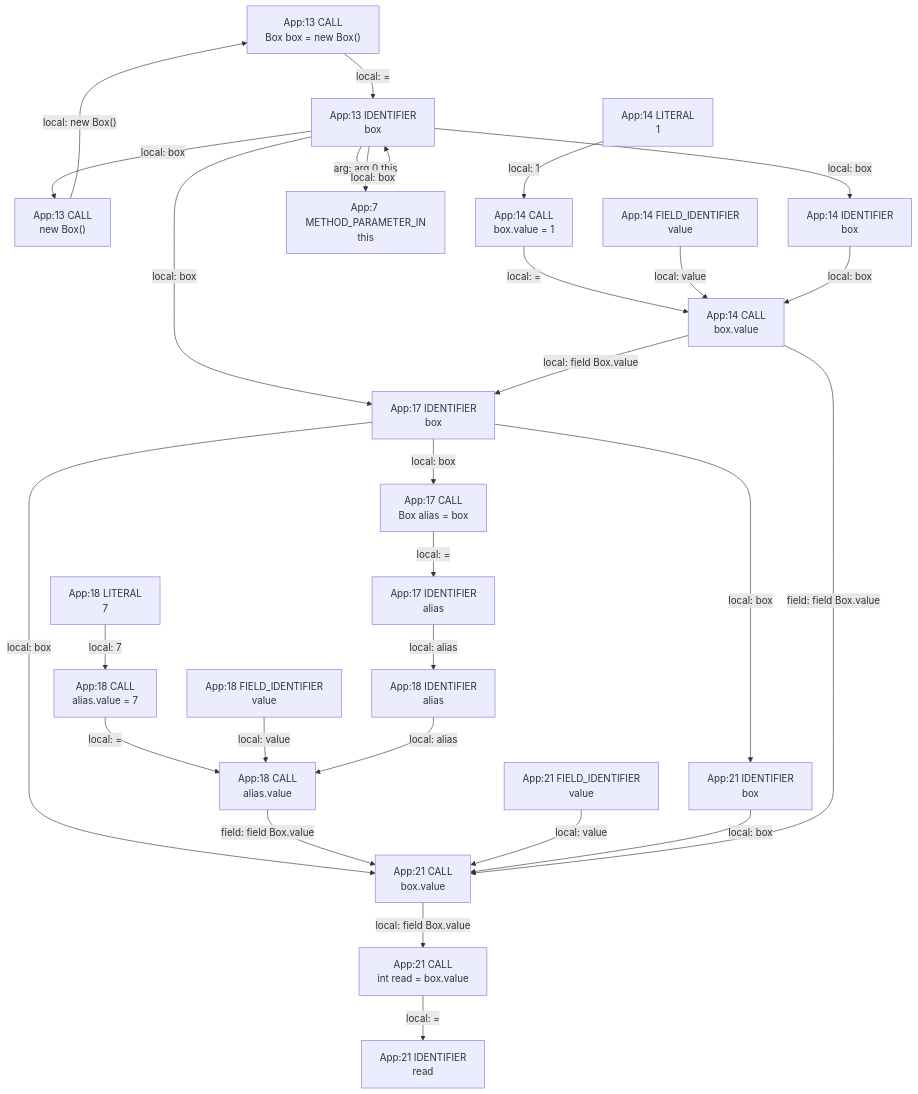
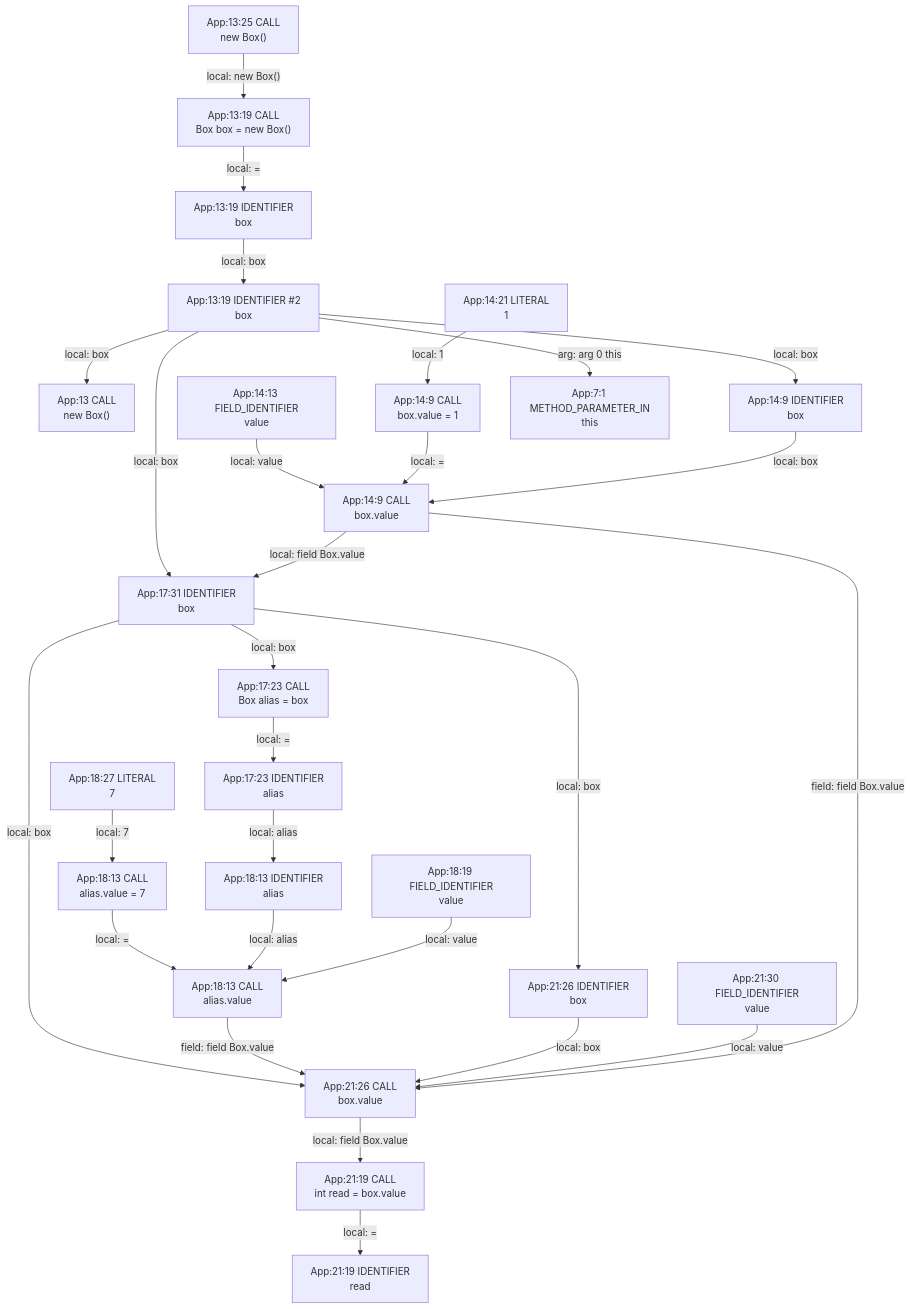
The diagram in app/src/test/resources/aliasInBlock/spike-truth.md (gstiebler/codeflow), drawn with Mermaid before and after one commit. The commit also changed 154 other files, not shown here.

````diff
--- a/app/src/test/resources/aliasInBlock/spike-truth.md
+++ b/app/src/test/resources/aliasInBlock/spike-truth.md
@@ -3,52 +3,54 @@
 ```mermaid
 flowchart TD
-  n0["App:13 CALL<br/>Box box = new Box()"]
-  n1["App:13 CALL<br/>new Box()"]
-  n2["App:13 IDENTIFIER<br/>box"]
-  n3["App:14 CALL<br/>box.value"]
-  n4["App:14 CALL<br/>box.value = 1"]
-  n5["App:14 FIELD_IDENTIFIER<br/>value"]
-  n6["App:14 IDENTIFIER<br/>box"]
-  n7["App:14 LITERAL<br/>1"]
-  n8["App:17 CALL<br/>Box alias = box"]
-  n9["App:17 IDENTIFIER<br/>alias"]
-  n10["App:17 IDENTIFIER<br/>box"]
-  n11["App:18 CALL<br/>alias.value"]
-  n12["App:18 CALL<br/>alias.value = 7"]
-  n13["App:18 FIELD_IDENTIFIER<br/>value"]
-  n14["App:18 IDENTIFIER<br/>alias"]
-  n15["App:18 LITERAL<br/>7"]
-  n16["App:21 CALL<br/>box.value"]
-  n17["App:21 CALL<br/>int read = box.value"]
-  n18["App:21 FIELD_IDENTIFIER<br/>value"]
-  n19["App:21 IDENTIFIER<br/>box"]
-  n20["App:21 IDENTIFIER<br/>read"]
-  n21["App:7 METHOD_PARAMETER_IN<br/>this"]
-  n0 -->|"local: ="| n2
-  n1 -->|"local: new Box()"| n0
-  n10 -->|"local: box"| n16
-  n10 -->|"local: box"| n19
-  n10 -->|"local: box"| n8
-  n11 -->|"field: field Box.value"| n16
-  n12 -->|"local: ="| n11
-  n13 -->|"local: value"| n11
-  n14 -->|"local: alias"| n11
-  n15 -->|"local: 7"| n12
-  n16 -->|"local: field Box.value"| n17
-  n17 -->|"local: ="| n20
-  n18 -->|"local: value"| n16
-  n19 -->|"local: box"| n16
-  n2 -->|"arg: arg 0 this"| n21
-  n2 -->|"local: box"| n1
-  n2 -->|"local: box"| n10
-  n2 -->|"local: box"| n2
-  n2 -->|"local: box"| n6
-  n3 -->|"field: field Box.value"| n16
-  n3 -->|"local: field Box.value"| n10
-  n4 -->|"local: ="| n3
-  n5 -->|"local: value"| n3
-  n6 -->|"local: box"| n3
-  n7 -->|"local: 1"| n4
-  n8 -->|"local: ="| n9
-  n9 -->|"local: alias"| n14
+  n0["App:13 CALL<br/>new Box()"]
+  n1["App:13:19 CALL<br/>Box box = new Box()"]
+  n2["App:13:19 IDENTIFIER #2<br/>box"]
+  n3["App:13:19 IDENTIFIER<br/>box"]
+  n4["App:13:25 CALL<br/>new Box()"]
+  n5["App:14:13 FIELD_IDENTIFIER<br/>value"]
+  n6["App:14:21 LITERAL<br/>1"]
+  n7["App:14:9 CALL<br/>box.value"]
+  n8["App:14:9 CALL<br/>box.value = 1"]
+  n9["App:14:9 IDENTIFIER<br/>box"]
+  n10["App:17:23 CALL<br/>Box alias = box"]
+  n11["App:17:23 IDENTIFIER<br/>alias"]
+  n12["App:17:31 IDENTIFIER<br/>box"]
+  n13["App:18:13 CALL<br/>alias.value"]
+  n14["App:18:13 CALL<br/>alias.value = 7"]
+  n15["App:18:13 IDENTIFIER<br/>alias"]
+  n16["App:18:19 FIELD_IDENTIFIER<br/>value"]
+  n17["App:18:27 LITERAL<br/>7"]
+  n18["App:21:19 CALL<br/>int read = box.value"]
+  n19["App:21:19 IDENTIFIER<br/>read"]
+  n20["App:21:26 CALL<br/>box.value"]
+  n21["App:21:26 IDENTIFIER<br/>box"]
+  n22["App:21:30 FIELD_IDENTIFIER<br/>value"]
+  n23["App:7:1 METHOD_PARAMETER_IN<br/>this"]
+  n1 -->|"local: ="| n3
+  n10 -->|"local: ="| n11
+  n11 -->|"local: alias"| n15
+  n12 -->|"local: box"| n10
+  n12 -->|"local: box"| n20
+  n12 -->|"local: box"| n21
+  n13 -->|"field: field Box.value"| n20
+  n14 -->|"local: ="| n13
+  n15 -->|"local: alias"| n13
+  n16 -->|"local: value"| n13
+  n17 -->|"local: 7"| n14
+  n18 -->|"local: ="| n19
+  n2 -->|"arg: arg 0 this"| n23
+  n2 -->|"local: box"| n0
+  n2 -->|"local: box"| n12
+  n2 -->|"local: box"| n9
+  n20 -->|"local: field Box.value"| n18
+  n21 -->|"local: box"| n20
+  n22 -->|"local: value"| n20
+  n3 -->|"local: box"| n2
+  n4 -->|"local: new Box()"| n1
+  n5 -->|"local: value"| n7
+  n6 -->|"local: 1"| n8
+  n7 -->|"field: field Box.value"| n20
+  n7 -->|"local: field Box.value"| n12
+  n8 -->|"local: ="| n7
+  n9 -->|"local: box"| n7
 ```
````
